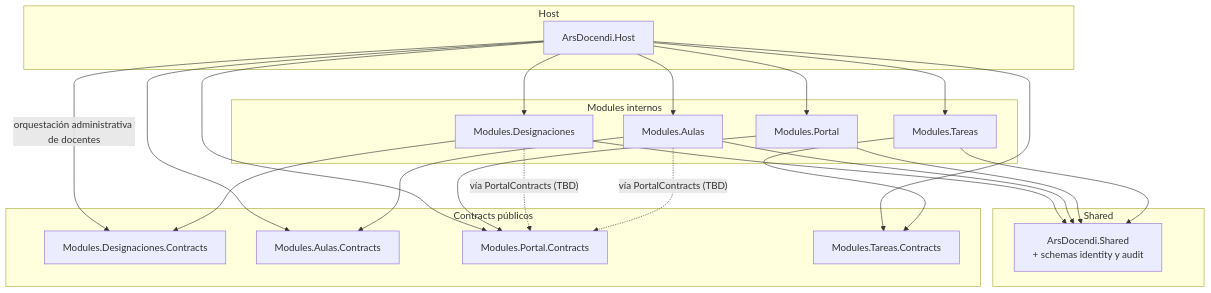
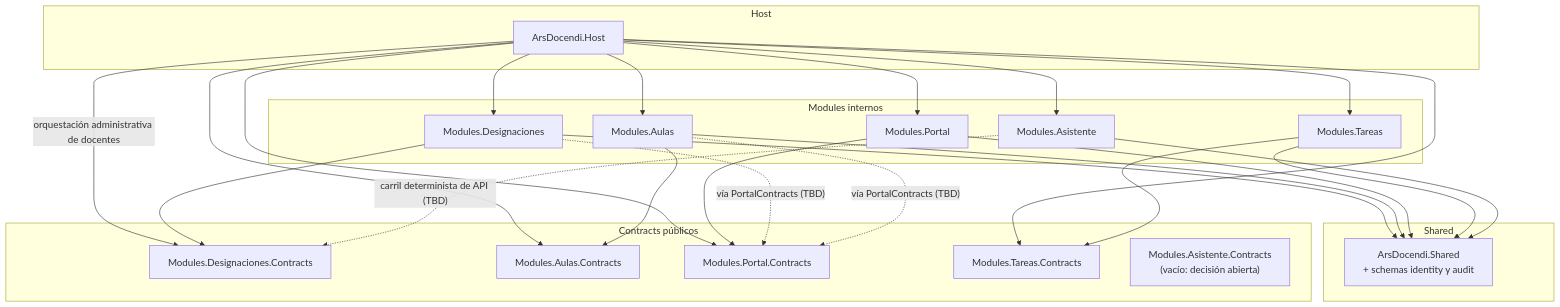
The diagram in docs/architecture/dependency-graph.md (Ars-Docendi/ars-docendi), drawn with Mermaid before and after one commit. The commit also changed other lines of this file and 11 other files, not shown here.

First line of the commit message:
feat(asistente): scaffold de Modules.Asistente y registro en el Host

````diff
--- a/docs/architecture/dependency-graph.md
+++ b/docs/architecture/dependency-graph.md
@@ -9,43 +9,48 @@
 ```mermaid
 flowchart TD
   subgraph host [Host]
     Host["ArsDocendi.Host"]
   end
   subgraph shared [Shared]
     Shared["ArsDocendi.Shared<br/>+ schemas identity y audit"]
   end
   subgraph contracts [Contracts públicos]
     DesignacionesContracts["Modules.Designaciones.Contracts"]
     AulasContracts["Modules.Aulas.Contracts"]
     PortalContracts["Modules.Portal.Contracts"]
     TareasContracts["Modules.Tareas.Contracts"]
+    AsistenteContracts["Modules.Asistente.Contracts<br/>(vacío: decisión abierta)"]
   end
   subgraph modules [Modules internos]
     Designaciones["Modules.Designaciones"]
     Aulas["Modules.Aulas"]
     Portal["Modules.Portal"]
     Tareas["Modules.Tareas"]
+    Asistente["Modules.Asistente"]
   end
 
   Host --> Designaciones
   Host --> Aulas
   Host --> Portal
   Host --> Tareas
+  Host --> Asistente
   Host -->|"orquestación administrativa de docentes"| DesignacionesContracts
   Host --> AulasContracts
   Host --> PortalContracts
   Host --> TareasContracts
 
   Designaciones --> Shared
   Aulas --> Shared
   Portal --> Shared
   Tareas --> Shared
+  Asistente --> Shared
 
   Designaciones --> DesignacionesContracts
   Aulas --> AulasContracts
   Portal --> PortalContracts
   Tareas --> TareasContracts
 
   Designaciones -.->|"vía PortalContracts (TBD)"| PortalContracts
   Aulas -.->|"vía PortalContracts (TBD)"| PortalContracts
+  Asistente -.->|"carril determinista de API (TBD)"| DesignacionesContracts
 ```
````
